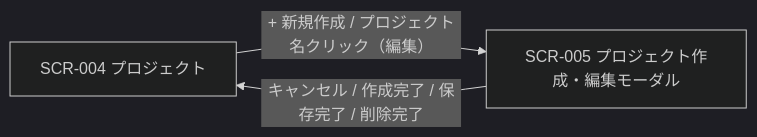
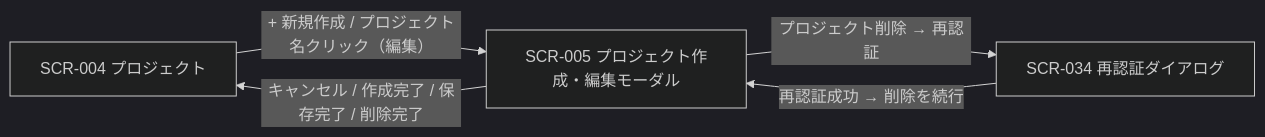
One commit to sikakou54/open-faq changed the diagram in 02_basic_design/01_frontend/01_screens/SCR-005.md. Above: the diagram before and after it, drawn with Mermaid (dark theme). The commit also changed other lines of this file and 99 other files, not shown here.

````diff
--- a/02_basic_design/01_frontend/01_screens/SCR-005.md
+++ b/02_basic_design/01_frontend/01_screens/SCR-005.md
@@ -28,7 +28,10 @@
 ```mermaid
 flowchart LR
   S1["SCR-004 プロジェクト"]
   S2["SCR-005 プロジェクト作成・編集モーダル"]
+  S3["SCR-034 再認証ダイアログ"]
   S1 -->|+ 新規作成 / プロジェクト名クリック（編集）| S2
+  S2 -->|プロジェクト削除 → 再認証| S3
+  S3 -->|再認証成功 → 削除を続行| S2
   S2 -->|キャンセル / 作成完了 / 保存完了 / 削除完了| S1
 ```
````
